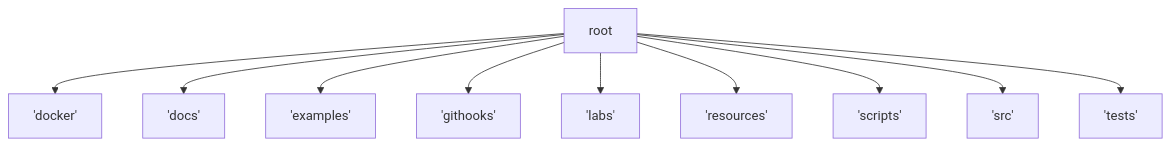
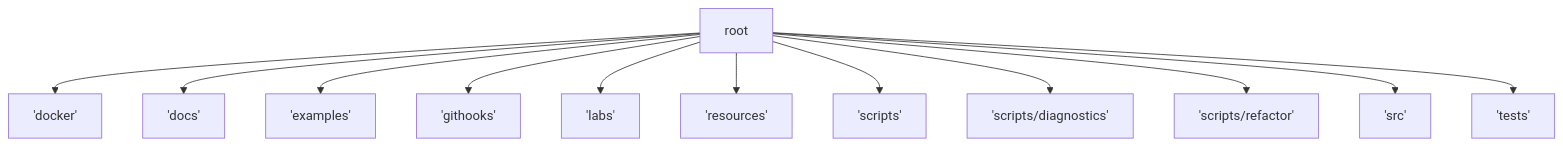
The diagram in ARCHITECTURE.md (jonathan-nascimento51/glpi_dashboard_cau), drawn with Mermaid before and after one commit. The commit also changed other lines of this file and 2 other files, not shown here.

Commit message:
Move helper scripts into structured directories

````diff
--- a/ARCHITECTURE.md
+++ b/ARCHITECTURE.md
@@ -19,12 +21,14 @@
 ```mermaid
 graph TD
     root --> docker['docker']
     root --> docs['docs']
     root --> examples['examples']
     root --> githooks['githooks']
     root --> labs['labs']
     root --> resources['resources']
     root --> scripts['scripts']
+    root --> scripts/diagnostics['scripts/diagnostics']
+    root --> scripts/refactor['scripts/refactor']
     root --> src['src']
     root --> tests['tests']
 ```
````
